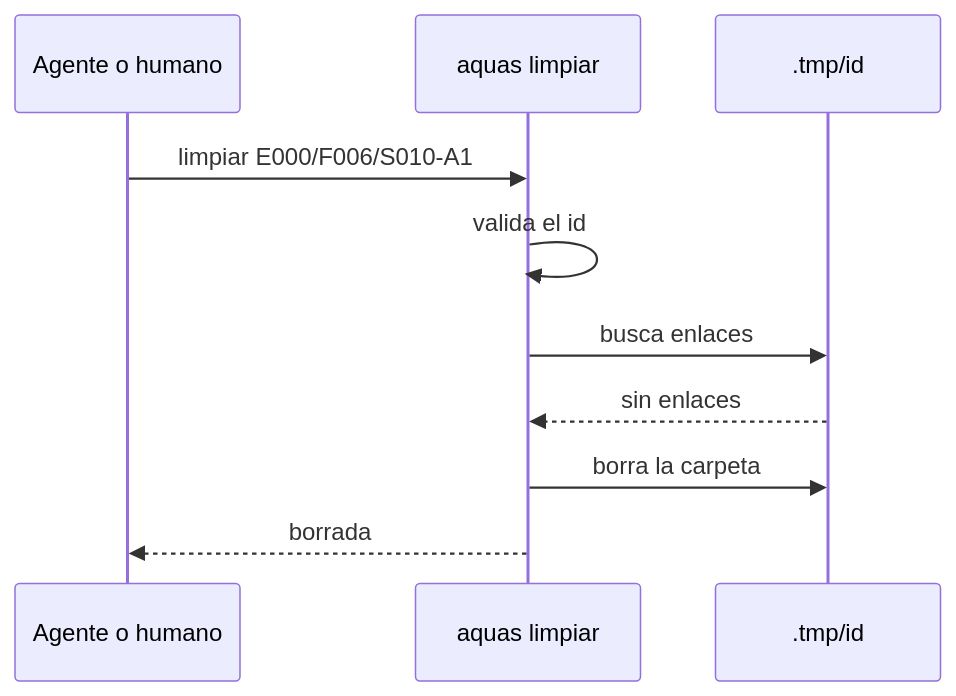
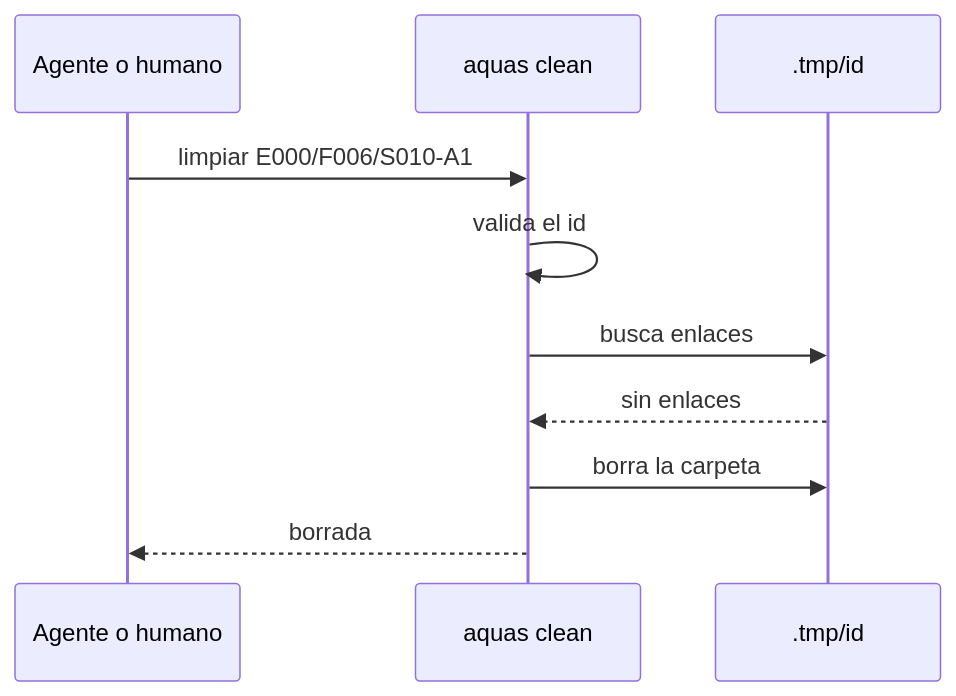
Before and after one commit to jliberal-aquas/aquas-central-harness-government: the diagram in docs/E000/F006/S009.md, drawn with Mermaid. The commit also changed other lines of this file and 184 other files, not shown here.

````diff
--- a/docs/E000/F006/S009.md
+++ b/docs/E000/F006/S009.md
@@ -68,12 +68,12 @@
 ```mermaid
 sequenceDiagram
     participant A as Agente o humano
-    participant L as aquas limpiar
+    participant L as aquas clean
     participant T as .tmp/id
     A->>L: limpiar E000/F006/S010-A1
     L->>L: valida el id
     L->>T: busca enlaces
     T-->>L: sin enlaces
     L->>T: borra la carpeta
     L-->>A: borrada
 ```
````
